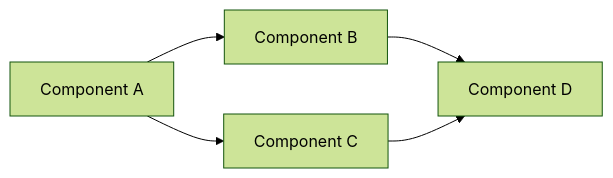
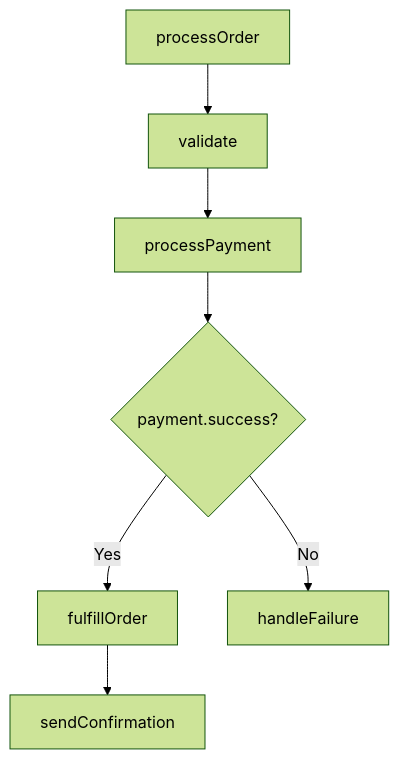
One commit to runkids/claude-skill-registry changed the seventh of 9 diagrams in skills/data/diagram-generator/SKILL.md. Above: the diagram before and after it, drawn with Mermaid (forest theme). The commit also changed other lines of this file and 17904 other files, not shown here.

````diff
--- a/skills/data/diagram-generator/SKILL.md
+++ b/skills/data/diagram-generator/SKILL.md
@@ -151,7 +123,9 @@
 ```mermaid
-graph LR
-    A[Component A] --> B[Component B]
-    A --> C[Component C]
-    B --> D[Component D]
-    C --> D
+flowchart TD
+    A[processOrder] --> B[validate]
+    B --> C[processPayment]
+    C --> D{payment.success?}
+    D -->|Yes| E[fulfillOrder]
+    E --> F[sendConfirmation]
+    D -->|No| G[handleFailure]
 ```
````
